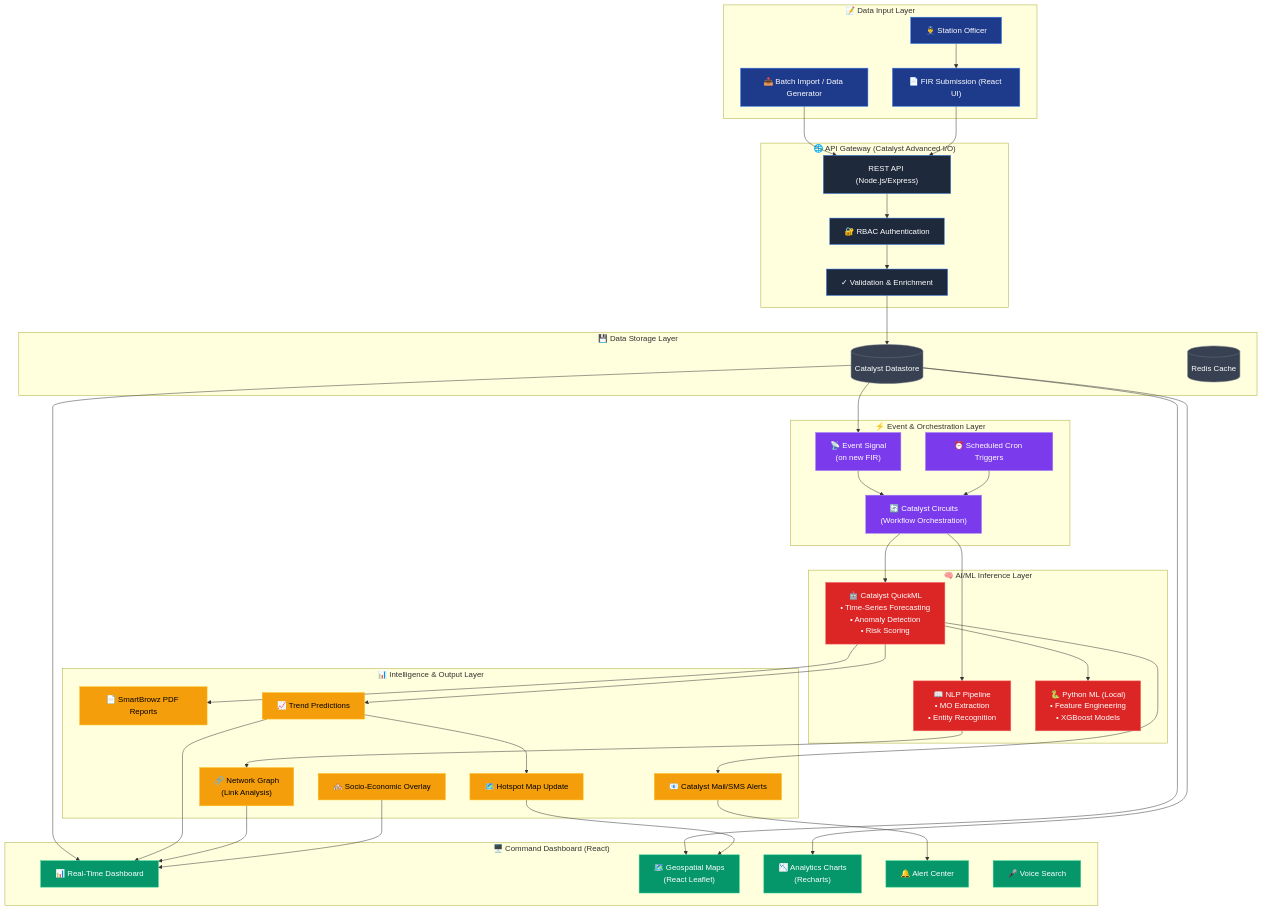
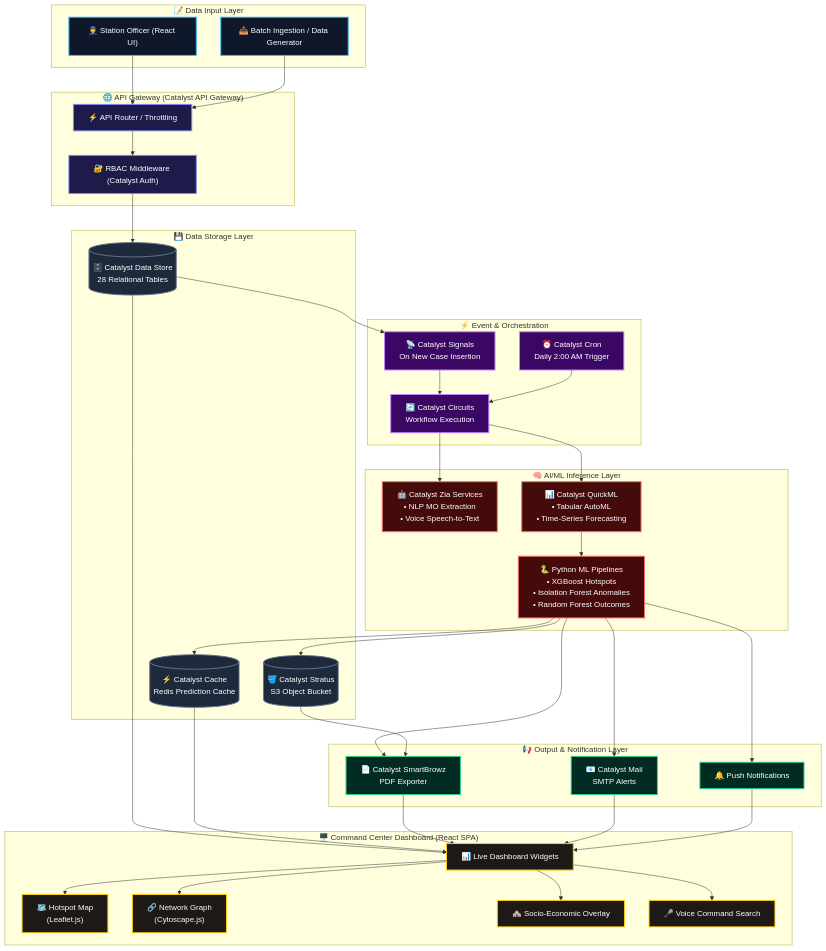
The diagram in README.md (Team-Infinite-Parallax/Crime-Intelligence-Agent), drawn with Mermaid before and after one commit. The commit also changed other lines of this file and 25 other files, not shown here.

Commit message:
docs: update README, add database schema, design documents, presentation template, and graphify graph updates

````diff
--- a/README.md
+++ b/README.md
@@ -101,98 +56,96 @@
 ```mermaid
 flowchart TB
-    subgraph input["📝 Data Input Layer"]
-        OFFICER["👮‍♂️ Station Officer"] 
-        FIR["📄 FIR Submission (React UI)"]
-        IMPORT["📥 Batch Import / Data Generator"]
+    %% Styling Definitions
+    classDef input fill:#0f172a,stroke:#38bdf8,stroke-width:2px,color:#fff;
+    classDef gateway fill:#1e1b4b,stroke:#818cf8,stroke-width:2px,color:#fff;
+    classDef storage fill:#1e293b,stroke:#64748b,stroke-width:2px,color:#fff;
+    classDef circuits fill:#3b0764,stroke:#c084fc,stroke-width:2px,color:#fff;
+    classDef ml fill:#450a0a,stroke:#f87171,stroke-width:2px,color:#fff;
+    classDef output fill:#022c22,stroke:#34d399,stroke-width:2px,color:#fff;
+    classDef ui fill:#1c1917,stroke:#facc15,stroke-width:2px,color:#fff;
+
+    %% Data Input Layer
+    subgraph input_layer["📝 Data Input Layer"]
+        OFFICER["👮‍♂️ Station Officer (React UI)"]
+        IMPORT["📥 Batch Ingestion / Data Generator"]
     end
+    class OFFICER,IMPORT input;
 
-    subgraph api["🌐 API Gateway (Catalyst Advanced I/O)"]
-        REST["REST API (Node.js/Express)"]
-        AUTH["🔐 RBAC Authentication"]
-        VAL["✓ Validation & Enrichment"]
+    %% API Gateway Layer
+    subgraph api_layer["🌐 API Gateway (Catalyst API Gateway)"]
+        GW["⚡ API Router / Throttling"]
+        AUTH["🔐 RBAC Middleware (Catalyst Auth)"]
     end
+    class GW,AUTH gateway;
 
-    subgraph storage["💾 Data Storage Layer"]
-        DS[(Catalyst Datastore)]
-        CACHE[(Redis Cache)]
+    %% Storage Layer
+    subgraph storage_layer["💾 Data Storage Layer"]
+        DS[(🗄️ Catalyst Data Store<br/>28 Relational Tables)]
+        CACHE[(⚡ Catalyst Cache<br/>Redis Prediction Cache)]
+        STRATUS[(🪣 Catalyst Stratus<br/>S3 Object Bucket)]
     end
+    class DS,CACHE,STRATUS storage;
 
-    subgraph events["⚡ Event & Orchestration Layer"]
-        SIGNAL["📡 Event Signal<br/>(on new FIR)"]
-        CIRCUITS["🔄 Catalyst Circuits<br/>(Workflow Orchestration)"]
-        CRON["⏰ Scheduled Cron Triggers"]
+    %% Event & Orchestration Layer
+    subgraph event_layer["⚡ Event & Orchestration"]
+        SIG["📡 Catalyst Signals<br/>On New Case Insertion"]
+        CIRCUITS["🔄 Catalyst Circuits<br/>Workflow Execution"]
+        CRON["⏰ Catalyst Cron<br/>Daily 2:00 AM Trigger"]
     end
+    class SIG,CIRCUITS,CRON circuits;
 
-    subgraph ml["🧠 AI/ML Inference Layer"]
-        QML["🤖 Catalyst QuickML<br/>• Time-Series Forecasting<br/>• Anomaly Detection<br/>• Risk Scoring"]
-        NLP["📖 NLP Pipeline<br/>• MO Extraction<br/>• Entity Recognition"]
-        PY["🐍 Python ML (Local)<br/>• Feature Engineering<br/>• XGBoost Models"]
+    %% AI/ML Inference Layer
+    subgraph ml_layer["🧠 AI/ML Inference Layer"]
+        ZIA["🤖 Catalyst Zia Services<br/>• NLP MO Extraction<br/>• Voice Speech-to-Text"]
+        QML["📊 Catalyst QuickML<br/>• Tabular AutoML<br/>• Time-Series Forecasting"]
+        PY["🐍 Python ML Pipelines<br/>• XGBoost Hotspots<br/>• Isolation Forest Anomalies<br/>• Random Forest Outcomes"]
     end
+    class ZIA,QML,PY ml;
 
-    subgraph intelligence["📊 Intelligence & Output Layer"]
-        PDF["📄 SmartBrowz PDF Reports"]
-        ALERT["📧 Catalyst Mail/SMS Alerts"]
-        HOTSPOT["🗺️ Hotspot Map Update"]
-        TRENDS["📈 Trend Predictions"]
-        NETWORK["🔗 Network Graph<br/>(Link Analysis)"]
+    %% Output & Action Layer
+    subgraph output_layer["📢 Output & Notification Layer"]
+        BROWZ["📄 Catalyst SmartBrowz<br/>PDF Exporter"]
+        MAIL["📧 Catalyst Mail<br/>SMTP Alerts"]
+        PUSH["🔔 Push Notifications"]
+    end
+    class BROWZ,MAIL,PUSH output;
+
+    %% Dashboard Presentation Layer
+    subgraph ui_layer["🖥️ Command Center Dashboard (React SPA)"]
+        DASH["📊 Live Dashboard Widgets"]
+        MAP["🗺️ Hotspot Map<br/>(Leaflet.js)"]
+        NET["🔗 Network Graph<br/>(Cytoscape.js)"]
         SOCIO["🏘️ Socio-Economic Overlay"]
+        VOICE["🎤 Voice Command Search"]
     end
+    class DASH,MAP,NET,SOCIO,VOICE ui;
 
-    subgraph dashboard["🖥️ Command Dashboard (React)"]
-        DASH["📊 Real-Time Dashboard"]
-        MAP["🗺️ Geospatial Maps<br/>(React Leaflet)"]
-        CHARTS["📉 Analytics Charts<br/>(Recharts)"]
-        ALERT_UI["🔔 Alert Center"]
-        SEARCH["🎤 Voice Search"]
-    end
-
-    %% Data Flow Connections
-    OFFICER --> FIR
-    IMPORT --> REST
-    FIR --> REST
-    REST --> AUTH
-    AUTH --> VAL
-    VAL --> DS
-
-    DS --> SIGNAL
-    SIGNAL --> CIRCUITS
+    %% Connections
+    OFFICER --> GW
+    IMPORT --> GW
+    GW --> AUTH
+    AUTH --> DS
+    DS --> SIG
+    SIG --> CIRCUITS
     CRON --> CIRCUITS
-
+    CIRCUITS --> ZIA
     CIRCUITS --> QML
-    CIRCUITS --> NLP
     QML --> PY
-
-    QML --> PDF
-    QML --> ALERT
-    QML --> TRENDS
-    NLP --> NETWORK
-
+    PY --> CACHE
+    PY --> STRATUS
+    PY --> BROWZ
+    PY --> MAIL
+    PY --> PUSH
+    
     DS --> DASH
-    DS --> MAP
-    DS --> CHARTS
-
-    TRENDS --> DASH
-    HOTSPOT --> MAP
-    ALERT --> ALERT_UI
-    NETWORK --> DASH
-    SOCIO --> DASH
-
-    TRENDS --> HOTSPOT
-
-    %% Styling
-    classDef input fill:#1e3a8a,color:#fff,stroke:#3b82f6
-    classDef api fill:#1e293b,color:#fff,stroke:#3b82f6
-    classDef storage fill:#374151,color:#fff,stroke:#6b7280
-    classDef events fill:#7c3aed,color:#fff,stroke:#a78bfa
-    classDef ml fill:#dc2626,color:#fff,stroke:#f87171
-    classDef intel fill:#f59e0b,color:#000,stroke:#fbbf24
-    classDef dash fill:#059669,color:#fff,stroke:#34d399
-
-    class OFFICER,FIR,IMPORT input
-    class REST,AUTH,VAL api
-    class DS,CACHE storage
-    class SIGNAL,CIRCUITS,CRON events
-    class QML,NLP,PY ml
-    class PDF,ALERT,HOTSPOT,TRENDS,NETWORK,SOCIO intel
-    class DASH,MAP,CHARTS,ALERT_UI,SEARCH dash
+    CACHE --> DASH
+    STRATUS --> BROWZ
+    BROWZ --> DASH
+    MAIL --> DASH
+    PUSH --> DASH
+    
+    DASH --> MAP
+    DASH --> NET
+    DASH --> SOCIO
+    DASH --> VOICE
 ```
````
